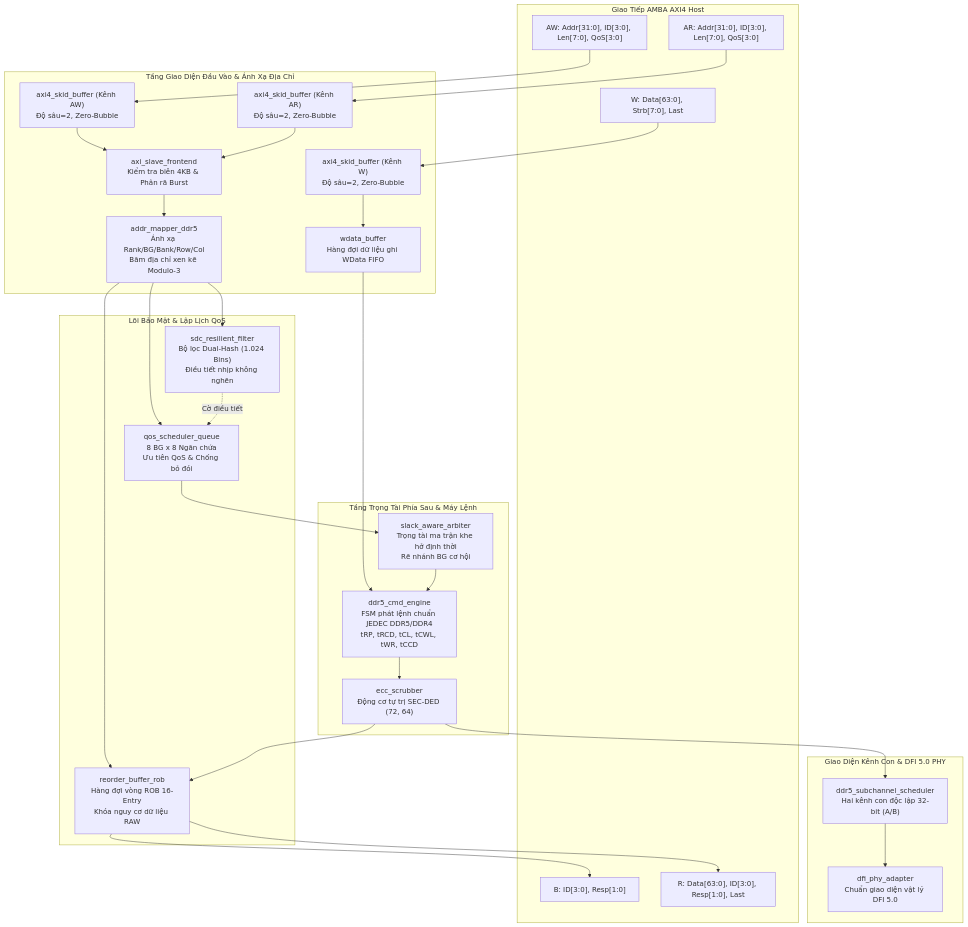
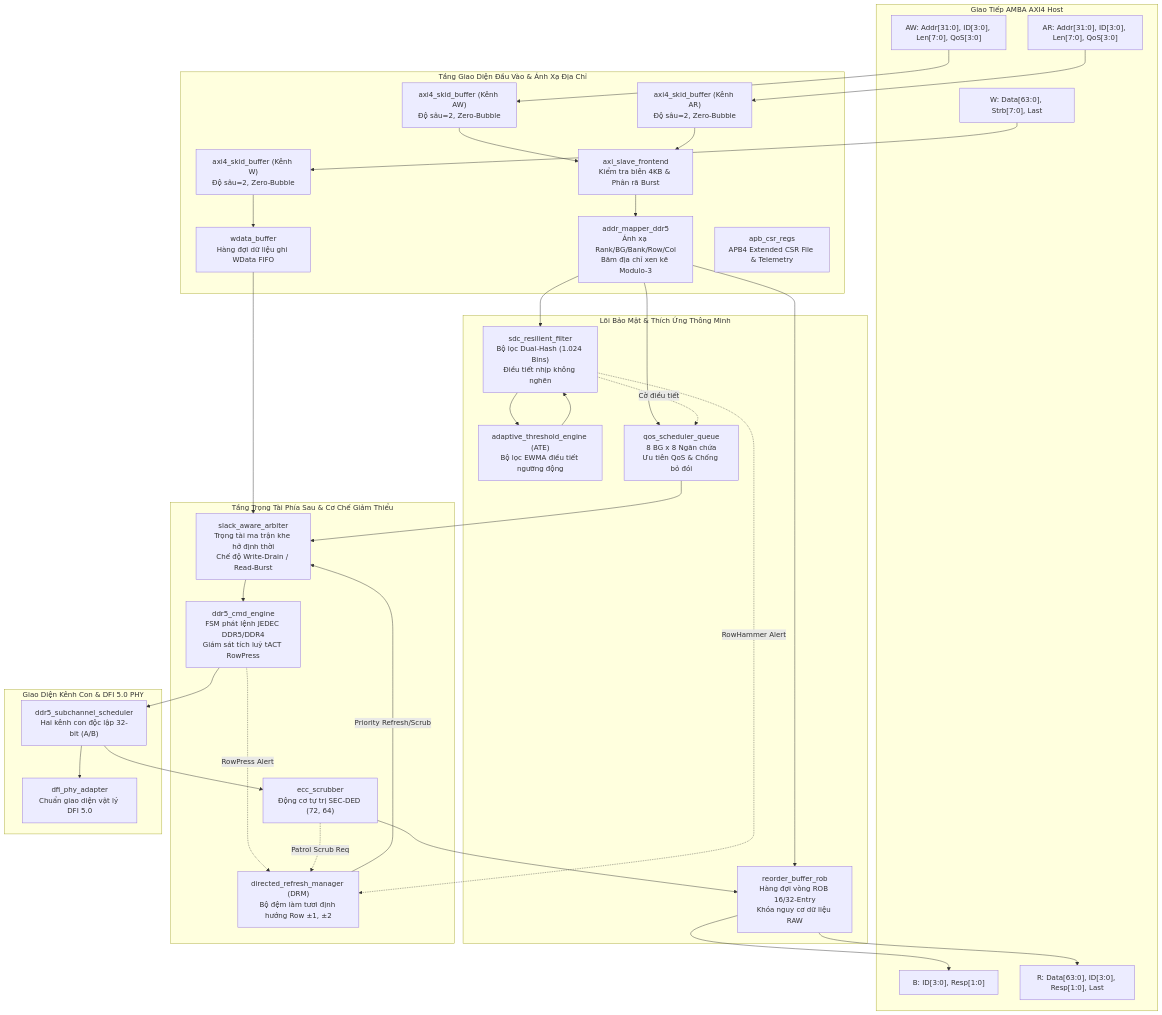
Before and after one commit to quachtuanthanh80-arch/DRAM: the first of 2 diagrams in README.md, drawn with Mermaid. The commit also changed other lines of this file, not shown here.

````diff
--- a/README.md
+++ b/README.md
@@ -30,54 +34,62 @@
 ```mermaid
 graph TB
     subgraph AXI4_Interface ["Giao Tiếp AMBA AXI4 Host"]
         AW["AW: Addr[31:0], ID[3:0], Len[7:0], QoS[3:0]"]
         W["W: Data[63:0], Strb[7:0], Last"]
         B["B: ID[3:0], Resp[1:0]"]
         AR["AR: Addr[31:0], ID[3:0], Len[7:0], QoS[3:0]"]
         R["R: Data[63:0], ID[3:0], Resp[1:0], Last"]
     end
 
     subgraph Frontend_Stage ["Tầng Giao Diện Đầu Vào & Ánh Xạ Địa Chỉ"]
         SKID_AW["axi4_skid_buffer (Kênh AW)<br/>Độ sâu=2, Zero-Bubble"]
         SKID_AR["axi4_skid_buffer (Kênh AR)<br/>Độ sâu=2, Zero-Bubble"]
         SKID_W["axi4_skid_buffer (Kênh W)<br/>Độ sâu=2, Zero-Bubble"]
         FE["axi_slave_frontend<br/>Kiểm tra biên 4KB & Phân rã Burst"]
         WBUF["wdata_buffer<br/>Hàng đợi dữ liệu ghi WData FIFO"]
         MAPPER["addr_mapper_ddr5<br/>Ánh xạ Rank/BG/Bank/Row/Col<br/>Băm địa chỉ xen kẽ Modulo-3"]
+        CSR["apb_csr_regs<br/>APB4 Extended CSR File & Telemetry"]
     end
 
-    subgraph Core_Engine ["Lõi Bảo Mật & Lập Lịch QoS"]
+    subgraph Core_Engine ["Lõi Bảo Mật & Thích Ứng Thông Minh"]
         SDC["sdc_resilient_filter<br/>Bộ lọc Dual-Hash (1.024 Bins)<br/>Điều tiết nhịp không nghẽn"]
+        ATE["adaptive_threshold_engine (ATE)<br/>Bộ lọc EWMA điều tiết ngưỡng động"]
         QOS["qos_scheduler_queue<br/>8 BG x 8 Ngăn chứa<br/>Ưu tiên QoS & Chống bỏ đói"]
-        ROB["reorder_buffer_rob<br/>Hàng đợi vòng ROB 16-Entry<br/>Khóa nguy cơ dữ liệu RAW"]
+        ROB["reorder_buffer_rob<br/>Hàng đợi vòng ROB 16/32-Entry<br/>Khóa nguy cơ dữ liệu RAW"]
     end
 
-    subgraph Backend_Stage ["Tầng Trọng Tài Phía Sau & Máy Lệnh"]
-        ARB["slack_aware_arbiter<br/>Trọng tài ma trận khe hở định thời<br/>Rẽ nhánh BG cơ hội"]
-        ENGINE["ddr5_cmd_engine<br/>FSM phát lệnh chuẩn JEDEC DDR5/DDR4<br/>tRP, tRCD, tCL, tCWL, tWR, tCCD"]
+    subgraph Backend_Stage ["Tầng Trọng Tài Phía Sau & Cơ Chế Giảm Thiểu"]
+        ARB["slack_aware_arbiter<br/>Trọng tài ma trận khe hở định thời<br/>Chế độ Write-Drain / Read-Burst"]
+        DRM["directed_refresh_manager (DRM)<br/>Bộ đệm làm tươi định hướng Row ±1, ±2"]
+        ENGINE["ddr5_cmd_engine<br/>FSM phát lệnh JEDEC DDR5/DDR4<br/>Giám sát tích luỹ tACT RowPress"]
         ECC["ecc_scrubber<br/>Động cơ tự trị SEC-DED (72, 64)"]
     end
 
     subgraph Memory_PHY ["Giao Diện Kênh Con & DFI 5.0 PHY"]
         SCHED["ddr5_subchannel_scheduler<br/>Hai kênh con độc lập 32-bit (A/B)"]
         DFI["dfi_phy_adapter<br/>Chuẩn giao diện vật lý DFI 5.0"]
     end
 
     AW --> SKID_AW --> FE
     AR --> SKID_AR --> FE
     W --> SKID_W --> WBUF
     FE --> MAPPER
     MAPPER --> SDC
     MAPPER --> QOS
     MAPPER --> ROB
-    WBUF --> ENGINE
+    WBUF --> ARB
     SDC -.->|Cờ điều tiết| QOS
+    SDC --> ATE --> SDC
+    SDC -.->|RowHammer Alert| DRM
+    ENGINE -.->|RowPress Alert| DRM
+    ECC -.->|Patrol Scrub Req| DRM
+    DRM -->|Priority Refresh/Scrub| ARB
     QOS --> ARB
     ARB --> ENGINE
-    ENGINE --> ECC
-    ECC --> SCHED
+    ENGINE --> SCHED
     SCHED --> DFI
+    SCHED --> ECC
     ECC --> ROB
     ROB --> R
     ROB --> B
 ```
````
